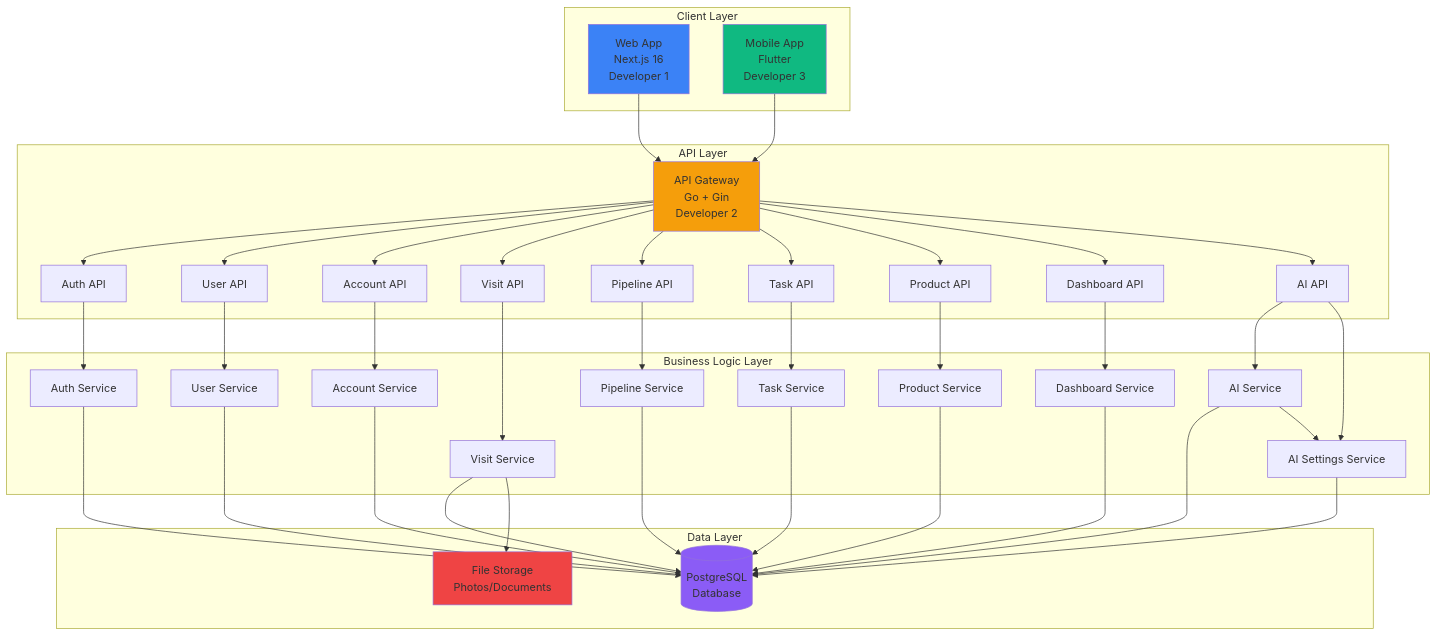
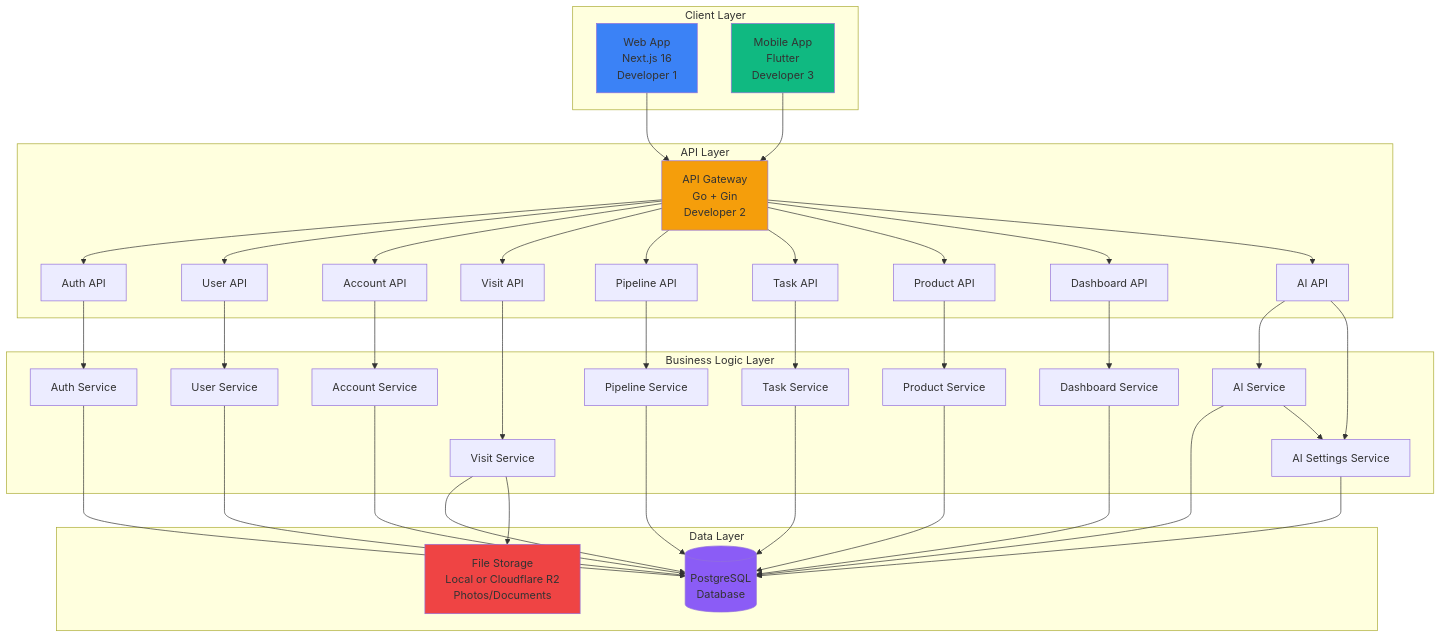
Diagram 13 of 16 in docs/PROJECT_DIAGRAMS.md (Gilabs-Studio/crm-healthcare), drawn with Mermaid before and after one commit. The commit also changed other lines of this file and 1 other file, not shown here.

Commit message:
chore(docs): update PROJECT_DIAGRAMS.md to reflect version 1.1; enhance storage architecture and file upload flow diagrams with detailed descriptions of local and Cloudflare R2 storage implementations; add configuration instructions for both storage types

````diff
--- a/docs/PROJECT_DIAGRAMS.md
+++ b/docs/PROJECT_DIAGRAMS.md
@@ -591,81 +591,81 @@
 ```mermaid
 graph TB
     subgraph "Client Layer"
         WEB_APP[Web App<br/>Next.js 16<br/>Developer 1]
         MOBILE_APP[Mobile App<br/>Flutter<br/>Developer 3]
     end
     
     subgraph "API Layer"
         API_GATEWAY[API Gateway<br/>Go + Gin<br/>Developer 2]
         AUTH_API[Auth API]
         USER_API[User API]
         ACCOUNT_API[Account API]
         VISIT_API[Visit API]
         PIPELINE_API[Pipeline API]
         TASK_API[Task API]
         PRODUCT_API[Product API]
         DASHBOARD_API[Dashboard API]
         AI_API[AI API]
     end
     
     subgraph "Business Logic Layer"
         AUTH_SVC[Auth Service]
         USER_SVC[User Service]
         ACCOUNT_SVC[Account Service]
         VISIT_SVC[Visit Service]
         PIPELINE_SVC[Pipeline Service]
         TASK_SVC[Task Service]
         PRODUCT_SVC[Product Service]
         DASHBOARD_SVC[Dashboard Service]
         AI_SVC[AI Service]
         AI_SETTINGS_SVC[AI Settings Service]
     end
     
     subgraph "Data Layer"
         DB[(PostgreSQL<br/>Database)]
-        FILE_STORAGE[File Storage<br/>Photos/Documents]
+        FILE_STORAGE[File Storage<br/>Local or Cloudflare R2<br/>Photos/Documents]
     end
     
     WEB_APP --> API_GATEWAY
     MOBILE_APP --> API_GATEWAY
     
     API_GATEWAY --> AUTH_API
     API_GATEWAY --> USER_API
     API_GATEWAY --> ACCOUNT_API
     API_GATEWAY --> VISIT_API
     API_GATEWAY --> PIPELINE_API
     API_GATEWAY --> TASK_API
     API_GATEWAY --> PRODUCT_API
     API_GATEWAY --> DASHBOARD_API
     API_GATEWAY --> AI_API
     
     AUTH_API --> AUTH_SVC
     USER_API --> USER_SVC
     ACCOUNT_API --> ACCOUNT_SVC
     VISIT_API --> VISIT_SVC
     PIPELINE_API --> PIPELINE_SVC
     TASK_API --> TASK_SVC
     PRODUCT_API --> PRODUCT_SVC
     DASHBOARD_API --> DASHBOARD_SVC
     AI_API --> AI_SVC
     AI_API --> AI_SETTINGS_SVC
     
     AUTH_SVC --> DB
     USER_SVC --> DB
     ACCOUNT_SVC --> DB
     VISIT_SVC --> DB
     VISIT_SVC --> FILE_STORAGE
     PIPELINE_SVC --> DB
     TASK_SVC --> DB
     PRODUCT_SVC --> DB
     DASHBOARD_SVC --> DB
     AI_SVC --> DB
     AI_SETTINGS_SVC --> DB
     AI_SVC --> AI_SETTINGS_SVC
     
     style WEB_APP fill:#3b82f6
     style MOBILE_APP fill:#10b981
     style API_GATEWAY fill:#f59e0b
     style DB fill:#8b5cf6
     style FILE_STORAGE fill:#ef4444
 ```
````
